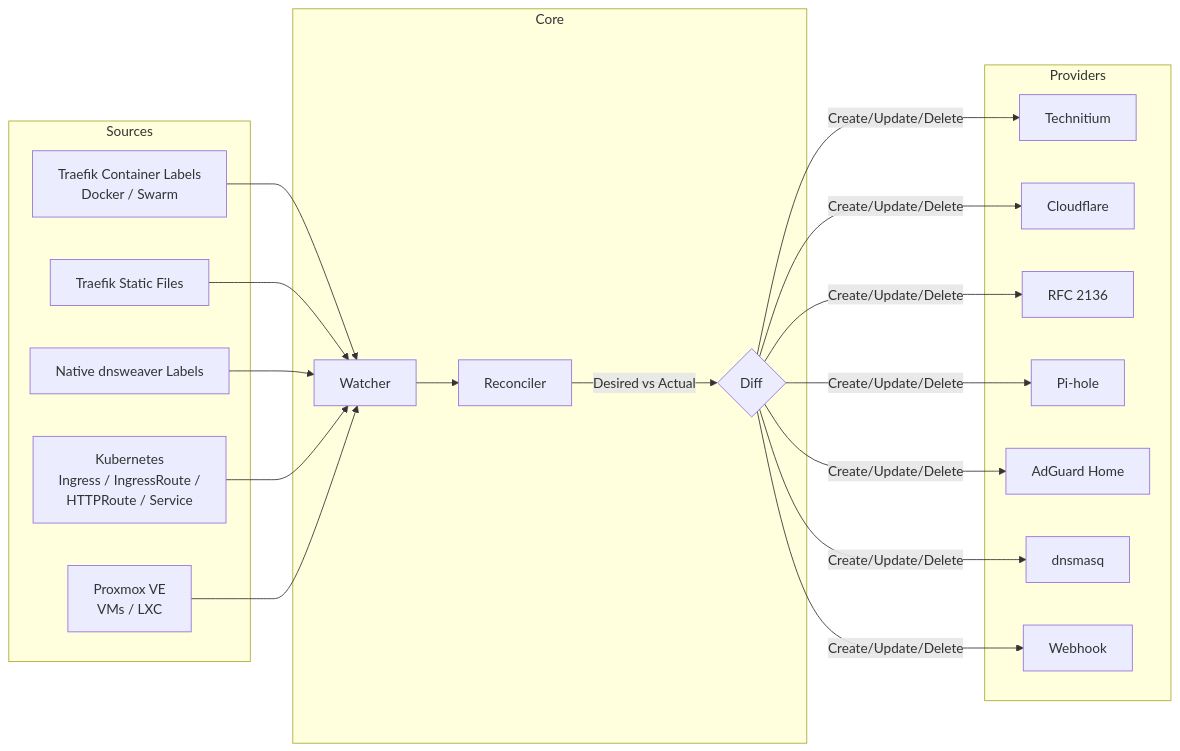
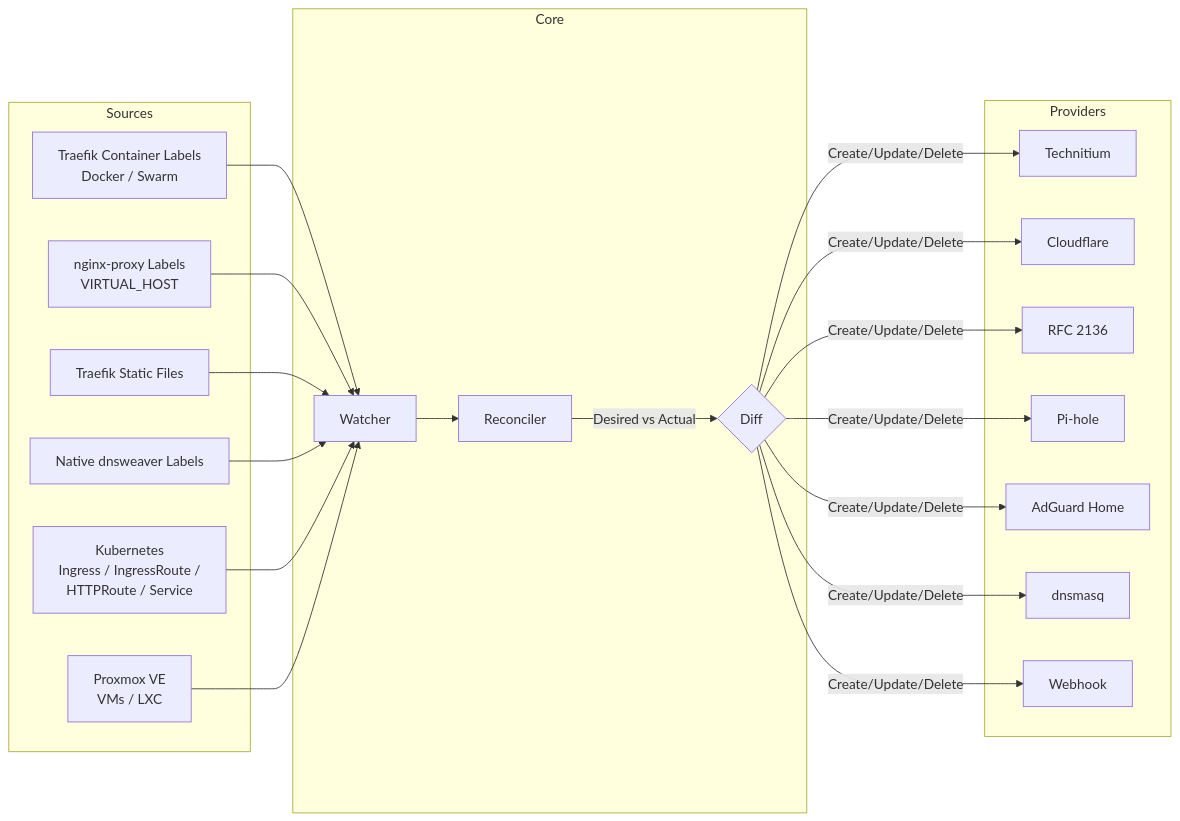
The diagram in docs/contributing/architecture.md (AnotherGenZ/dnsweaver), drawn with Mermaid before and after one commit. The commit also changed 10 other files, not shown here.

First line of the commit message:
feat(sources): add nginx-proxy label source

````diff
--- a/docs/contributing/architecture.md
+++ b/docs/contributing/architecture.md
@@ -9,28 +9,29 @@
 ```mermaid
 graph LR
     subgraph Sources
         S1[Traefik Container Labels<br/>Docker / Swarm]
-        S2[Traefik Static Files]
-        S3[Native dnsweaver Labels]
-        S4[Kubernetes<br/>Ingress / IngressRoute /<br/>HTTPRoute / Service]
-        S5[Proxmox VE<br/>VMs / LXC]
+        S2[nginx-proxy Labels<br/>VIRTUAL_HOST]
+        S3[Traefik Static Files]
+        S4[Native dnsweaver Labels]
+        S5[Kubernetes<br/>Ingress / IngressRoute /<br/>HTTPRoute / Service]
+        S6[Proxmox VE<br/>VMs / LXC]
     end
 
     subgraph Core
         W[Watcher] --> R[Reconciler]
         R --> |Desired vs Actual| D{Diff}
     end
 
     subgraph Providers
         P1[Technitium]
         P2[Cloudflare]
         P3[RFC 2136]
         P4[Pi-hole]
         P5[AdGuard Home]
         P6[dnsmasq]
         P7[Webhook]
     end
 
-    S1 & S2 & S3 & S4 & S5 --> W
+    S1 & S2 & S3 & S4 & S5 & S6 --> W
     D --> |Create/Update/Delete| P1 & P2 & P3 & P4 & P5 & P6 & P7
 ```
````
